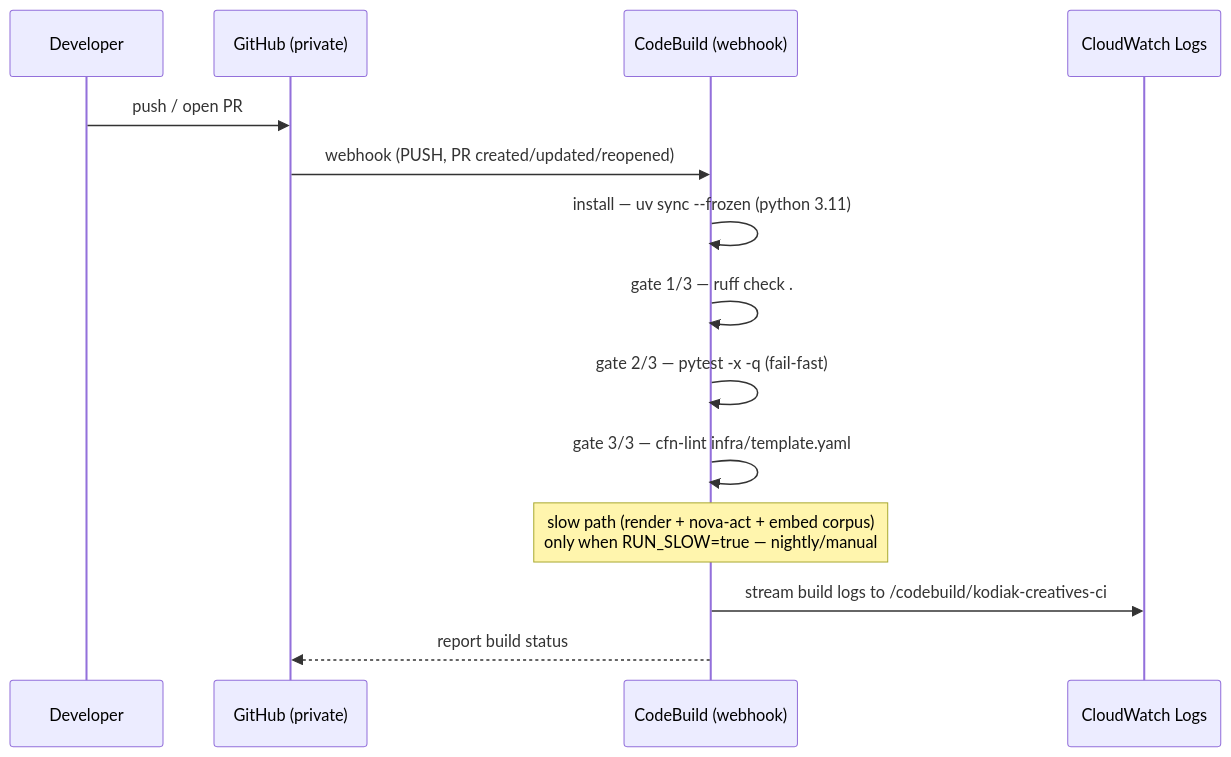
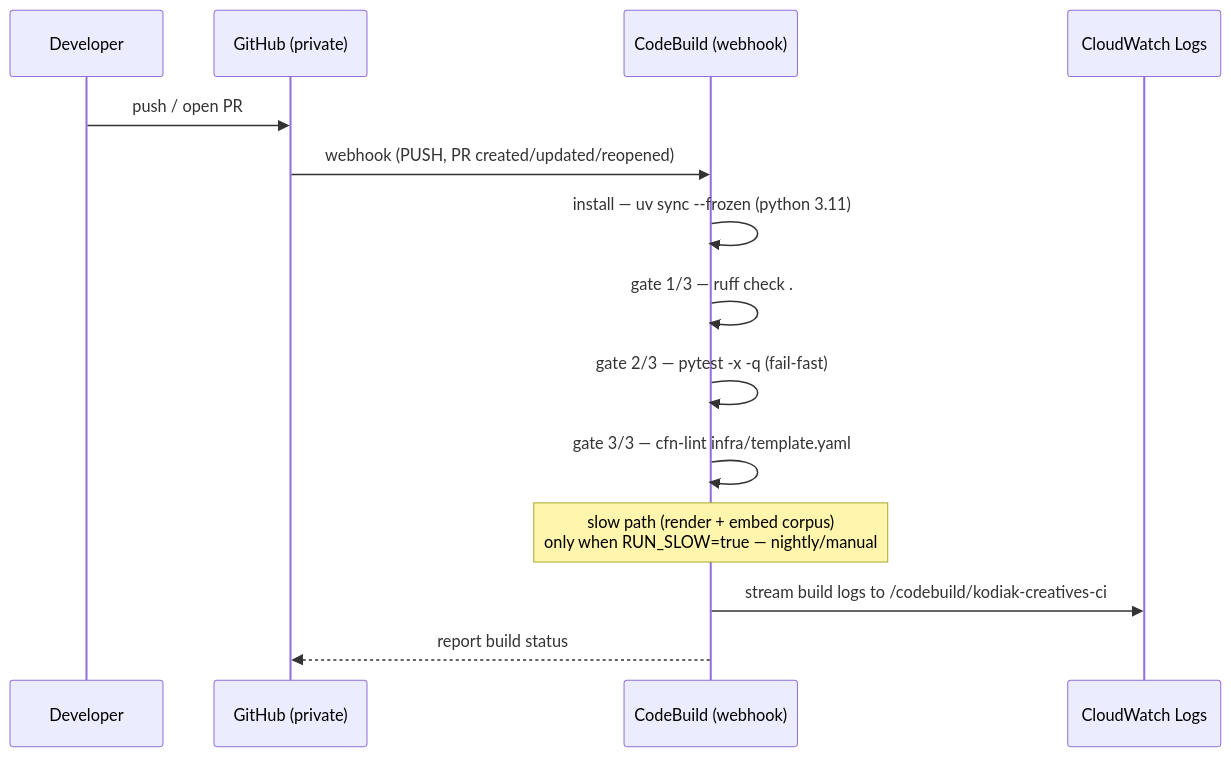
The sixth of 6 diagrams in docs/architecture/SYSTEM-OVERVIEW.md (chasko-labs/creative-automation-pipeline), drawn with Mermaid before and after one commit. The commit also changed other lines of this file and 1 other file, not shown here.

Commit message:
docs: showcase live service-endpoint inventory; Nova Pro image-gen live; drop Nova Act

````diff
--- a/docs/architecture/SYSTEM-OVERVIEW.md
+++ b/docs/architecture/SYSTEM-OVERVIEW.md
@@ -319,17 +319,17 @@
 ```mermaid
 sequenceDiagram
     participant Dev as Developer
     participant GH as GitHub (private)
     participant CB as CodeBuild (webhook)
     participant Log as CloudWatch Logs
 
     Dev->>GH: push / open PR
     GH->>CB: webhook (PUSH, PR created/updated/reopened)
     CB->>CB: install — uv sync --frozen (python 3.11)
     CB->>CB: gate 1/3 — ruff check .
     CB->>CB: gate 2/3 — pytest -x -q (fail-fast)
     CB->>CB: gate 3/3 — cfn-lint infra/template.yaml
-    Note over CB: slow path (render + nova-act + embed corpus)<br/>only when RUN_SLOW=true — nightly/manual
+    Note over CB: slow path (render + embed corpus)<br/>only when RUN_SLOW=true — nightly/manual
     CB->>Log: stream build logs to /codebuild/kodiak-creatives-ci
     CB-->>GH: report build status
 ```
````
